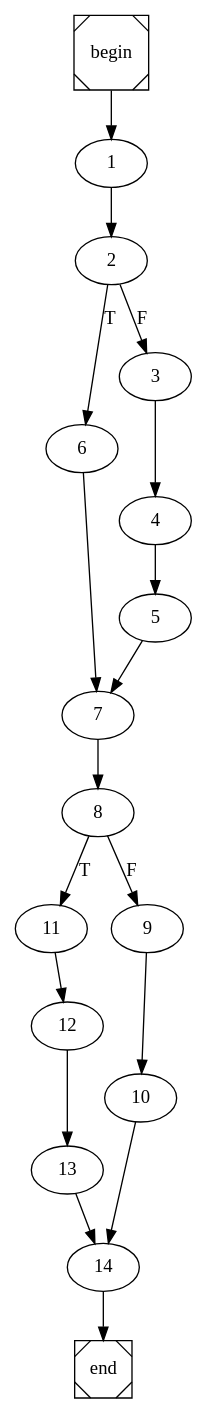
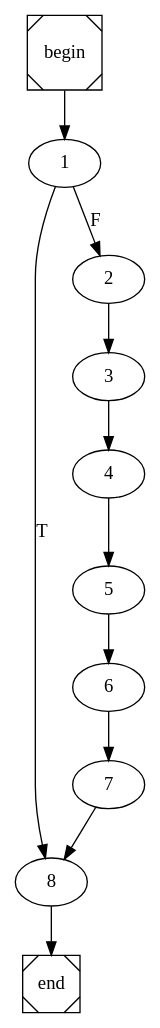
Before and after one commit to ivSaav/COMP: the diagram in quicksort.dot, drawn with Graphviz. The commit also changed 4 other files, not shown here.

```diff
--- a/quicksort.dot
+++ b/quicksort.dot
@@ -1,4 +1,4 @@
 digraph cfg {
 	begin [shape=Msquare];
 	end [shape=Msquare];
-	begin -> 1;	1 -> 2;	2 -> 6[label=T];	2 -> 3[label=F];	3 -> 4;	4 -> 5;	5 -> 7;	6 -> 7;	7 -> 8;	8 -> 11[label=T];	8 -> 9[label=F];	9 -> 10;	10 -> 14;	11 -> 12;	12 -> 13;	13 -> 14;	14 -> end;}
+	begin -> 1;	1 -> 8[label=T];	1 -> 2[label=F];	2 -> 3;	3 -> 4;	4 -> 5;	5 -> 6;	6 -> 7;	7 -> 8;	8 -> end;}
```
